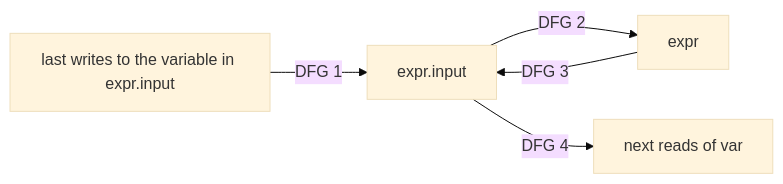
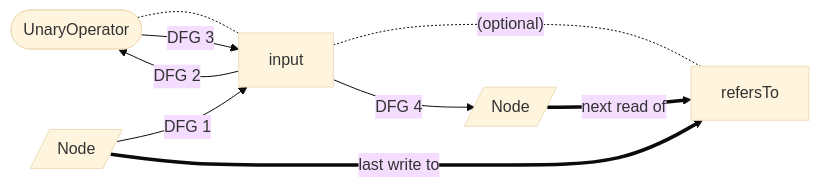
Diagram 17 of 28 in cpg-core/specifications/dfg.md (Fraunhofer-AISEC/cpg), drawn with Mermaid (base theme) before and after one commit. The commit also changed other lines of this file, not shown here.

````diff
--- a/cpg-core/specifications/dfg.md
+++ b/cpg-core/specifications/dfg.md
@@ -208,7 +222,11 @@
   ```mermaid
   flowchart LR
-    Z[last writes to the variable in expr.input] -- DFG 1 --> A;
-    A[expr.input] -- DFG 2 --> B[expr];
-    B -- DFG 3 --> A;
-    A -- DFG 4 --> C[next reads of var];
+    node([UnaryOperator]) -.- input;
+    input -.- |"(optional)"| refersTo;
+    W -- DFG 1 --> input;
+    W[/Node/] == last write to ==> refersTo;
+    input -- DFG 2 --> node;
+    node -- DFG 3 --> input;
+    input -- DFG 4 --> R[/Node/];
+    R == next read of ==> refersTo;
   ```
````
